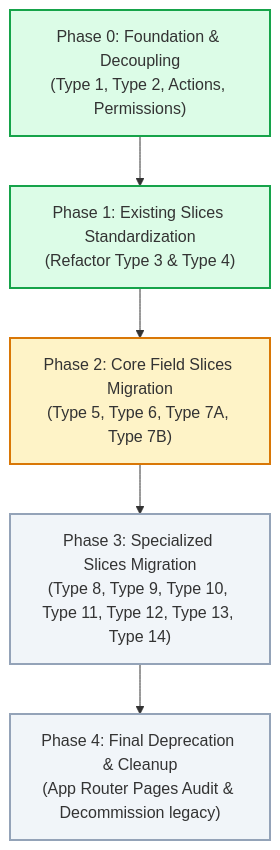
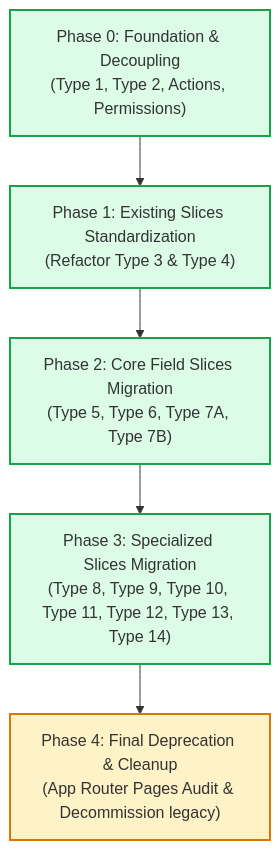
The diagram in modules/activity/docs/ROADMAP.md (bankhk10/crm-bank), drawn with Mermaid before and after one commit. The commit also changed other lines of this file and 37 other files, not shown here.

````diff
--- a/modules/activity/docs/ROADMAP.md
+++ b/modules/activity/docs/ROADMAP.md
@@ -28,14 +28,14 @@
 ```mermaid
 flowchart TD
     classDef done fill:#dcfce7,stroke:#16a34a,stroke-width:2px;
     classDef current fill:#fef3c7,stroke:#d97706,stroke-width:2px;
     classDef pending fill:#f1f5f9,stroke:#94a3b8,stroke-width:2px;
 
     P0["Phase 0: Foundation & Decoupling<br/>(Type 1, Type 2, Actions, Permissions)"]:::done
     P1["Phase 1: Existing Slices Standardization<br/>(Refactor Type 3 & Type 4)"]:::done
-    P2["Phase 2: Core Field Slices Migration<br/>(Type 5, Type 6, Type 7A, Type 7B)"]:::current
-    P3["Phase 3: Specialized Slices Migration<br/>(Type 8, Type 9, Type 10, Type 11, Type 12, Type 13, Type 14)"]:::pending
-    P4["Phase 4: Final Deprecation & Cleanup<br/>(App Router Pages Audit & Decommission legacy)"]:::pending
+    P2["Phase 2: Core Field Slices Migration<br/>(Type 5, Type 6, Type 7A, Type 7B)"]:::done
+    P3["Phase 3: Specialized Slices Migration<br/>(Type 8, Type 9, Type 10, Type 11, Type 12, Type 13, Type 14)"]:::done
+    P4["Phase 4: Final Deprecation & Cleanup<br/>(App Router Pages Audit & Decommission legacy)"]:::current
 
     P0 --> P1 --> P2 --> P3 --> P4
 ```
````
